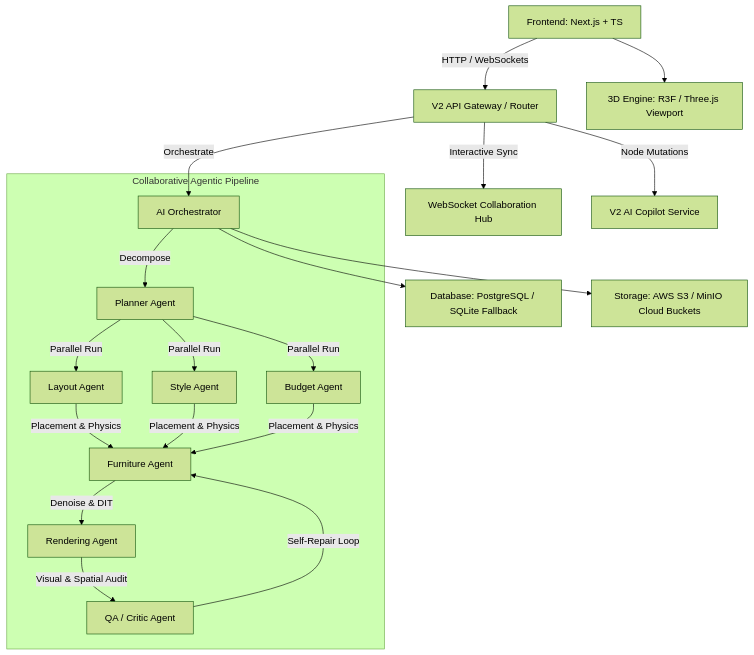
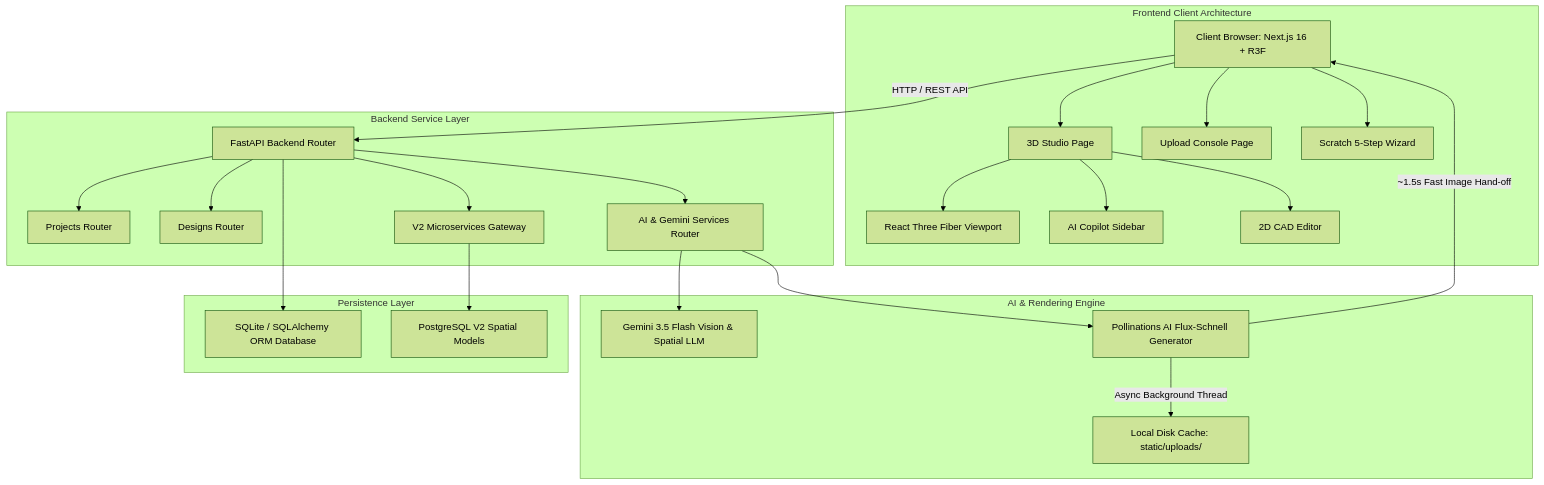
One commit to AnishaPaturi/HomeVerse changed the diagram in README.md. Above: the diagram before and after it, drawn with Mermaid (forest theme). The commit also changed other lines of this file and 4 other files, not shown here.

First line of the commit message:
v12.2 : feat: Enhance UploadPage with improved styling options and add VRPanoramaModal for immersive experience

````diff
--- a/README.md
+++ b/README.md
@@ -125,25 +106,32 @@
 ```mermaid
 graph TD
-    A[Frontend: Next.js + TS] -->|HTTP / WebSockets| G[V2 API Gateway / Router]
-    G -->|Orchestrate| O[AI Orchestrator]
+    User[Client Browser: Next.js 16 + R3F] -->|HTTP / REST API| FastAPIGateway[FastAPI Backend Router]
     
-    subgraph Collaborative Agentic Pipeline
-        O -->|Decompose| Planner[Planner Agent]
-        Planner -->|Parallel Run| Layout[Layout Agent]
-        Planner -->|Parallel Run| Style[Style Agent]
-        Planner -->|Parallel Run| Budget[Budget Agent]
-        
-        Layout & Style & Budget -->|Placement & Physics| Furniture[Furniture Agent]
-        Furniture -->|Denoise & DIT| Rendering[Rendering Agent]
-        Rendering -->|Visual & Spatial Audit| Critic[QA / Critic Agent]
-        
-        Critic -->|Self-Repair Loop| Furniture
+    subgraph Frontend Client Architecture
+        User --> StudioApp[3D Studio Page]
+        User --> UploadApp[Upload Console Page]
+        User --> ScratchWizard[Scratch 5-Step Wizard]
+        StudioApp --> R3FViewport[React Three Fiber Viewport]
+        StudioApp --> CopilotWidget[AI Copilot Sidebar]
+        StudioApp --> Blueprint2D[2D CAD Editor]
     end
     
-    G -->|Interactive Sync| WS[WebSocket Collaboration Hub]
-    G -->|Node Mutations| Copilot[V2 AI Copilot Service]
+    subgraph Backend Service Layer
+        FastAPIGateway --> ProjectsAPI[Projects Router]
+        FastAPIGateway --> DesignsAPI[Designs Router]
+        FastAPIGateway --> AIAPI[AI & Gemini Services Router]
+        FastAPIGateway --> V2Gateway[V2 Microservices Gateway]
+    end
     
-    A --> B[3D Engine: R3F / Three.js Viewport]
-    O --> D[Database: PostgreSQL / SQLite Fallback]
-    O --> S[Storage: AWS S3 / MinIO Cloud Buckets]
+    subgraph AI & Rendering Engine
+        AIAPI --> GeminiClient[Gemini 3.5 Flash Vision & Spatial LLM]
+        AIAPI --> PollinationsClient[Pollinations AI Flux-Schnell Generator]
+        PollinationsClient -->|~1.5s Fast Image Hand-off| User
+        PollinationsClient -->|Async Background Thread| LocalStorage[Local Disk Cache: static/uploads/]
+    end
+    
+    subgraph Persistence Layer
+        FastAPIGateway --> SQLiteDB[SQLite / SQLAlchemy ORM Database]
+        V2Gateway --> PostgresDB[PostgreSQL V2 Spatial Models]
+    end
 ```
````
